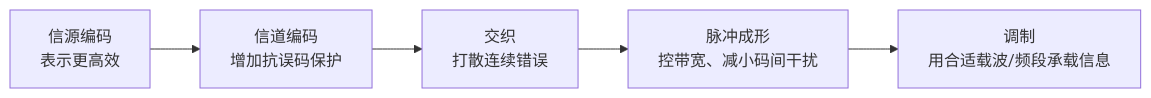
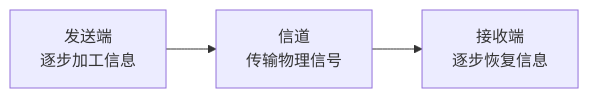
Before and after one commit to 74262195/system-architect-notes: the diagram in 01_综合知识/01_计算机系统基础知识/03_计算机网络/02_数据通信与交换/信号变换处理链.md, drawn with Mermaid. The commit also changed other lines of this file, not shown here.

````diff
--- a/01_综合知识/01_计算机系统基础知识/03_计算机网络/02_数据通信与交换/信号变换处理链.md
+++ b/01_综合知识/01_计算机系统基础知识/03_计算机网络/02_数据通信与交换/信号变换处理链.md
@@ -51,7 +38,5 @@
 ```mermaid
 flowchart LR
-  A[信源编码<br/>表示更高效] --> B[信道编码<br/>增加抗误码保护]
-  B --> C[交织<br/>打散连续错误]
-  C --> D[脉冲成形<br/>控带宽、减小码间干扰]
-  D --> E[调制<br/>用合适载波/频段承载信息]
+  A[发送端<br/>逐步加工信息] --> B[信道<br/>传输物理信号]
+  B --> C[接收端<br/>逐步恢复信息]
 ```
````
